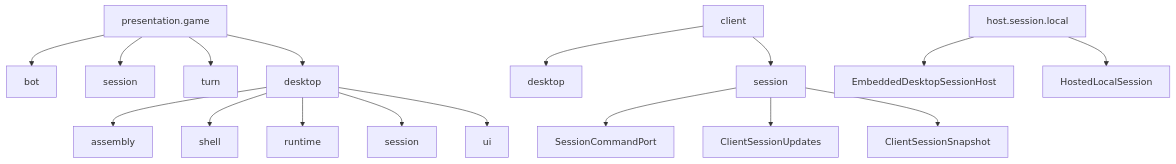
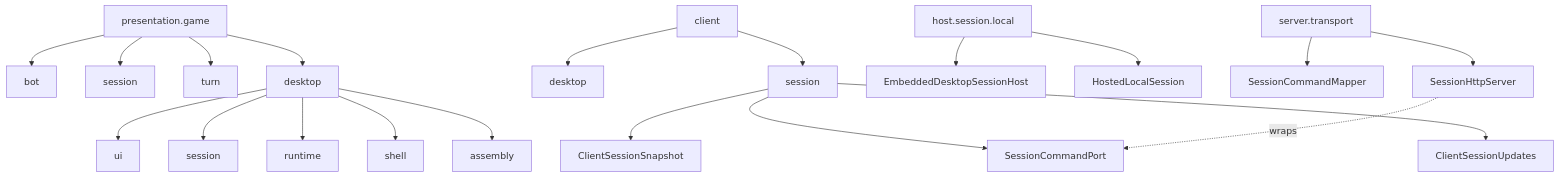
One commit to Jukkakot/MonopolyApp changed the fourth of 6 diagrams in docs/architecture-overview-diagrams.md. Above: the diagram before and after it, drawn with Mermaid. The commit also changed other lines of this file and 1 other file, not shown here.

Commit message:
Update architecture docs: Blocker D server.transport HTTP MVP complete

````diff
--- a/docs/architecture-overview-diagrams.md
+++ b/docs/architecture-overview-diagrams.md
@@ -298,25 +298,30 @@
 ```mermaid
 flowchart TD
     ROOT[presentation.game]
     CLIENTROOT[client]
     HOSTROOT[host.session.local]
     ROOT --> BOT[bot]
     ROOT --> SESSION[session]
     ROOT --> TURN[turn]
     ROOT --> DESKTOP[desktop]
     CLIENTROOT --> CLIENTDESKTOP[desktop]
     CLIENTROOT --> CLIENTSESSION[session]
 
     DESKTOP --> ASSEMBLY[assembly]
     DESKTOP --> SHELL[shell]
     DESKTOP --> RUNTIME[runtime]
     DESKTOP --> DESKTOPSESSION[session]
     DESKTOP --> UI[ui]
 
     CLIENTSESSION --> CMDPORT[SessionCommandPort]
     CLIENTSESSION --> CLIENTUPDATES[ClientSessionUpdates]
     CLIENTSESSION --> SNAPSHOT[ClientSessionSnapshot]
 
     HOSTROOT --> EMBHOST[EmbeddedDesktopSessionHost]
     HOSTROOT --> HOSTEDLOCAL[HostedLocalSession]
+
+    SERVERROOT[server.transport]
+    SERVERROOT --> CMDMAPPER[SessionCommandMapper]
+    SERVERROOT --> HTTPSERVER[SessionHttpServer]
+    HTTPSERVER -.->|wraps| CMDPORT
 ```
````
